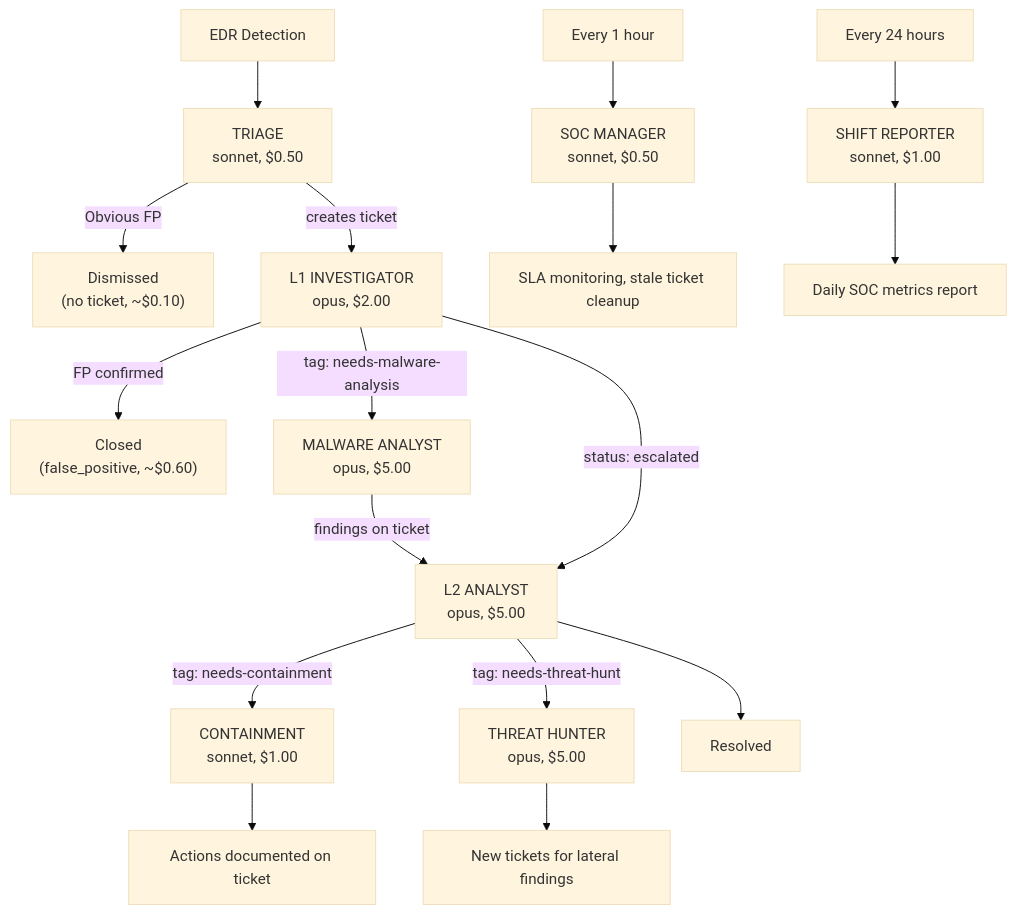
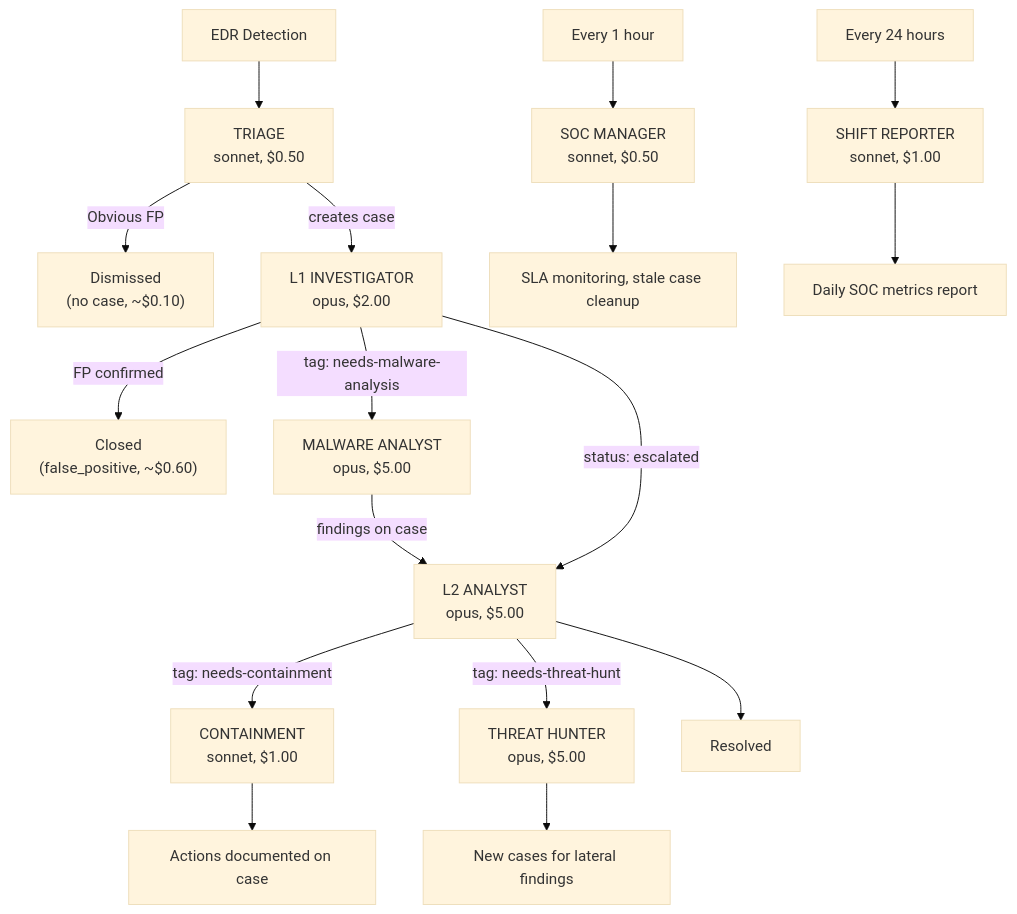
Before and after one commit to refractionPOINT/lc-ai: the diagram in lc-soc/tiered-soc/README.md, drawn with Mermaid (base theme). The commit also changed other lines of this file and 74 other files, not shown here.

First line of the commit message:
Rename ticket→case in AI agent configs

````diff
--- a/lc-soc/tiered-soc/README.md
+++ b/lc-soc/tiered-soc/README.md
@@ -7,20 +7,20 @@
 ```mermaid
 flowchart TD
     det[EDR Detection] --> triage["TRIAGE<br/>sonnet, $0.50"]
-    triage -->|Obvious FP| dismissed["Dismissed<br/>(no ticket, ~$0.10)"]
-    triage -->|creates ticket| l1["L1 INVESTIGATOR<br/>opus, $2.00"]
+    triage -->|Obvious FP| dismissed["Dismissed<br/>(no case, ~$0.10)"]
+    triage -->|creates case| l1["L1 INVESTIGATOR<br/>opus, $2.00"]
     l1 -->|FP confirmed| closed["Closed<br/>(false_positive, ~$0.60)"]
     l1 -->|"tag: needs-malware-analysis"| malware["MALWARE ANALYST<br/>opus, $5.00"]
-    malware -->|findings on ticket| l2
+    malware -->|findings on case| l2
     l1 -->|"status: escalated"| l2["L2 ANALYST<br/>opus, $5.00"]
     l2 -->|"tag: needs-containment"| containment["CONTAINMENT<br/>sonnet, $1.00"]
     l2 -->|"tag: needs-threat-hunt"| hunter["THREAT HUNTER<br/>opus, $5.00"]
     l2 --> resolved[Resolved]
-    containment --> containActions[Actions documented on ticket]
-    hunter --> newTickets[New tickets for lateral findings]
+    containment --> containActions[Actions documented on case]
+    hunter --> newCases[New cases for lateral findings]
 
     schedule1["Every 1 hour"] --> socmgr["SOC MANAGER<br/>sonnet, $0.50"]
-    socmgr --> sla[SLA monitoring, stale ticket cleanup]
+    socmgr --> sla[SLA monitoring, stale case cleanup]
     schedule2["Every 24 hours"] --> shift["SHIFT REPORTER<br/>sonnet, $1.00"]
     shift --> daily[Daily SOC metrics report]
 ```
````
